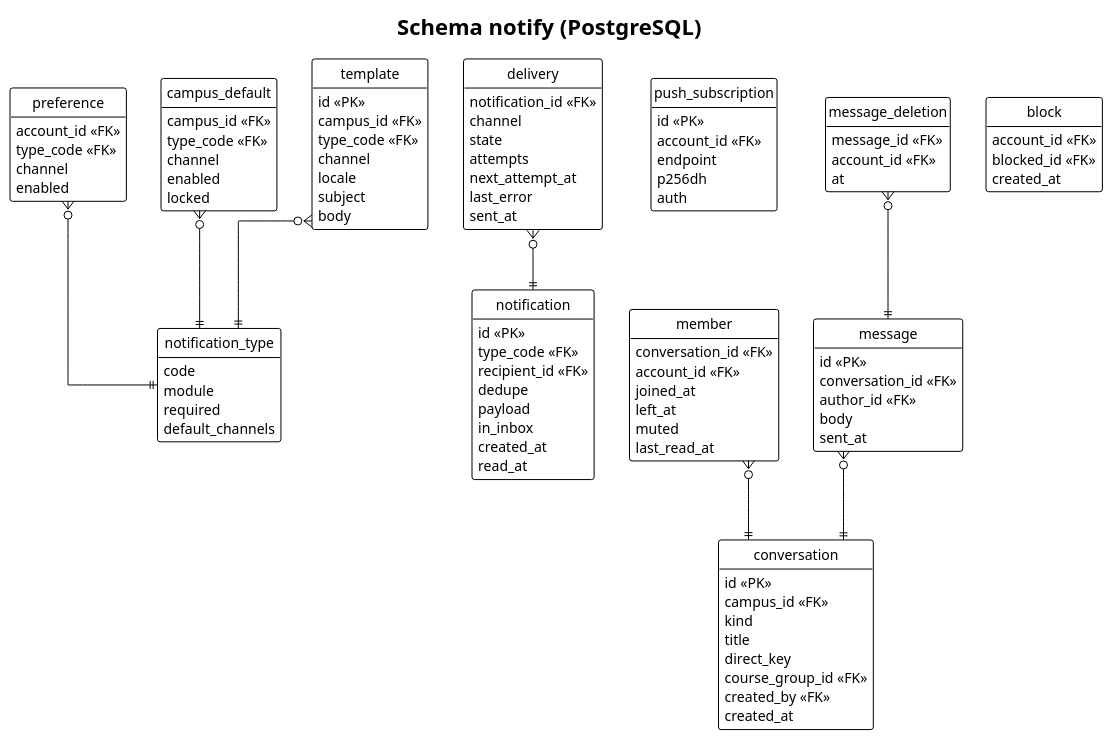
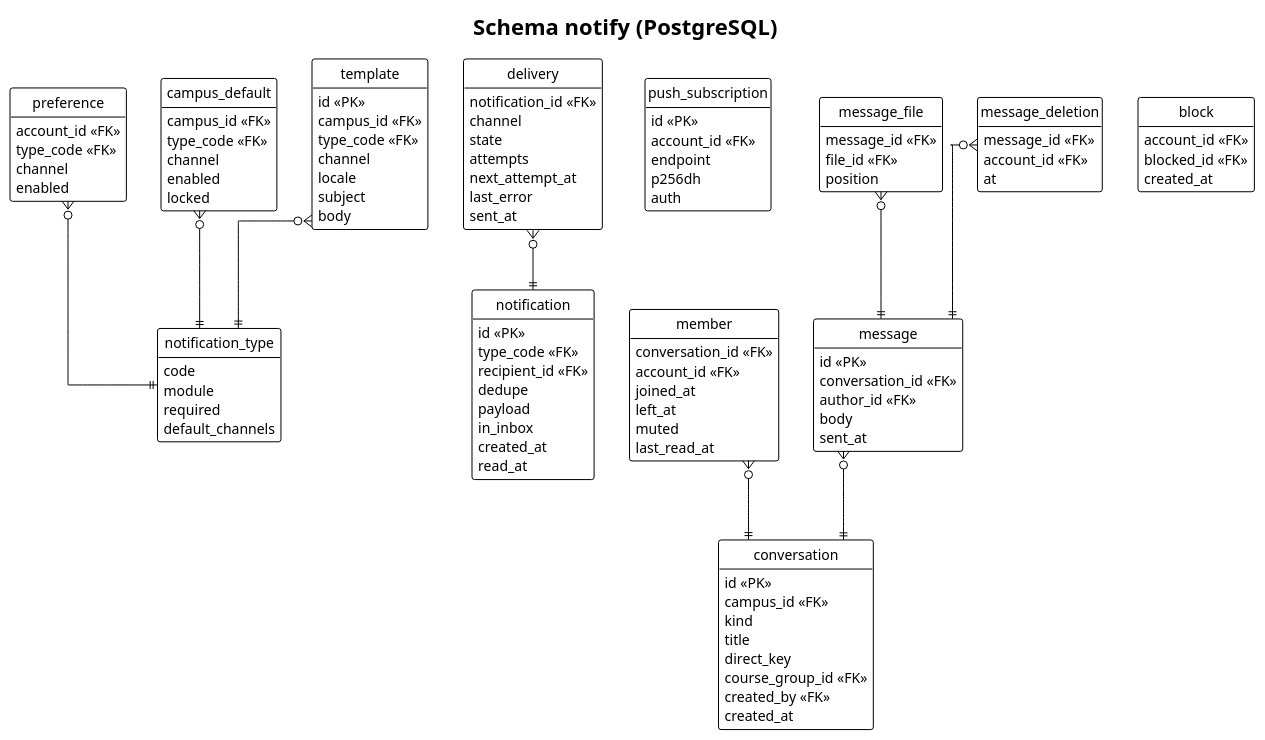
Before and after one commit to didactika/kampus: the diagram in docs/03-design/data-model/notify.puml, drawn with PlantUML. The commit also changed 20 other files, not shown here.

```diff
--- a/docs/03-design/data-model/notify.puml
+++ b/docs/03-design/data-model/notify.puml
@@ -1,105 +1,111 @@
 @startuml
 !theme plain
 hide empty members
 hide circle
 skinparam linetype ortho
 title Schema notify (PostgreSQL)
 
 entity notification_type {
   code
   module
   required
   default_channels
 }
 entity preference {
   account_id <<FK>>
   type_code <<FK>>
   channel
   enabled
 }
 entity campus_default {
   campus_id <<FK>>
   type_code <<FK>>
   channel
   enabled
   locked
 }
 entity template {
   id <<PK>>
   campus_id <<FK>>
   type_code <<FK>>
   channel
   locale
   subject
   body
 }
 entity notification {
   id <<PK>>
   type_code <<FK>>
   recipient_id <<FK>>
   dedupe
   payload
   in_inbox
   created_at
   read_at
 }
 entity delivery {
   notification_id <<FK>>
   channel
   state
   attempts
   next_attempt_at
   last_error
   sent_at
 }
 entity push_subscription {
   id <<PK>>
   account_id <<FK>>
   endpoint
   p256dh
   auth
 }
 entity conversation {
   id <<PK>>
   campus_id <<FK>>
   kind
   title
   direct_key
   course_group_id <<FK>>
   created_by <<FK>>
   created_at
 }
 entity member {
   conversation_id <<FK>>
   account_id <<FK>>
   joined_at
   left_at
   muted
   last_read_at
 }
 entity message {
   id <<PK>>
   conversation_id <<FK>>
   author_id <<FK>>
   body
   sent_at
 }
+entity message_file {
+  message_id <<FK>>
+  file_id <<FK>>
+  position
+}
 entity message_deletion {
   message_id <<FK>>
   account_id <<FK>>
   at
 }
 entity block {
   account_id <<FK>>
   blocked_id <<FK>>
   created_at
 }
 
 preference }o--|| notification_type
 campus_default }o--|| notification_type
 template }o--|| notification_type
 delivery }o--|| notification
 member }o--|| conversation
 message }o--|| conversation
 message_deletion }o--|| message
+message_file }o--|| message
 @enduml
```
